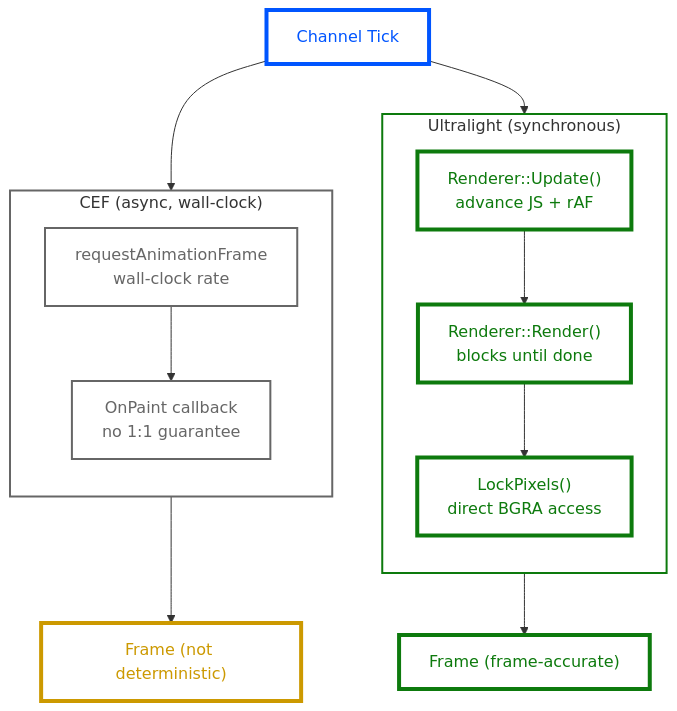
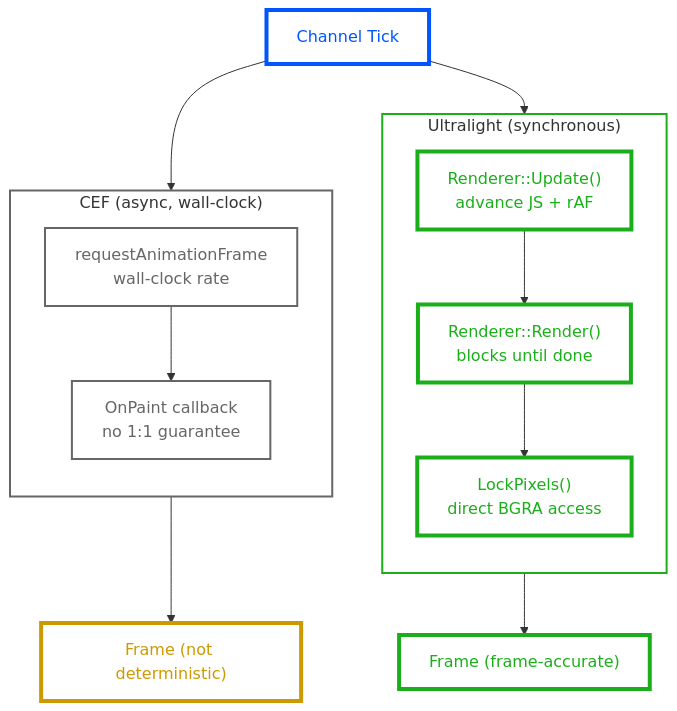
The ninth of 10 diagrams in docs/architecture.md (den-frie-vilje/casparCG), drawn with Mermaid before and after one commit. The commit also changed other lines of this file, not shown here.

Commit message:
docs: style all sequence diagrams and OpenGL diagram

````diff
--- a/docs/architecture.md
+++ b/docs/architecture.md
@@ -652,35 +660,35 @@
 ```mermaid
 flowchart TD
     classDef coreNode fill:#FFF,color:#0055FF,stroke:#0055FF,stroke-width:4px
     classDef cefNode fill:#FFF,color:#666,stroke:#666,stroke-width:2px
-    classDef ulNode fill:#FFF,color:#0D7A0D,stroke:#0D7A0D,stroke-width:4px
+    classDef ulNode fill:#FFF,color:#1AAF1A,stroke:#1AAF1A,stroke-width:4px
     classDef warnNode fill:#FFF,color:#CC9900,stroke:#CC9900,stroke-width:4px
     classDef sgCef stroke:#666,fill:#FFF,stroke-width:2px
-    classDef sgUl stroke:#0D7A0D,fill:#FFF,stroke-width:2px
+    classDef sgUl stroke:#1AAF1A,fill:#FFF,stroke-width:2px
 
     TICK[Channel Tick]:::coreNode
 
     subgraph CEF["CEF (async, wall-clock)"]
         direction TB
         CEF_RAF["requestAnimationFrame<br/>wall-clock rate"]:::cefNode
         CEF_PAINT["OnPaint callback<br/>no 1:1 guarantee"]:::cefNode
         CEF_RAF --> CEF_PAINT
     end
 
     subgraph UL["Ultralight (synchronous)"]
         direction TB
         UL_UPDATE["Renderer::Update()<br/>advance JS + rAF"]:::ulNode
         UL_RENDER["Renderer::Render()<br/>blocks until done"]:::ulNode
         UL_PIXELS["LockPixels()<br/>direct BGRA access"]:::ulNode
         UL_UPDATE --> UL_RENDER --> UL_PIXELS
     end
 
     TICK --> CEF
     TICK --> UL
 
     CEF --> FRAME1["Frame (not deterministic)"]:::warnNode
     UL --> FRAME2["Frame (frame-accurate)"]:::ulNode
 
     class CEF sgCef
     class UL sgUl
 ```
````
